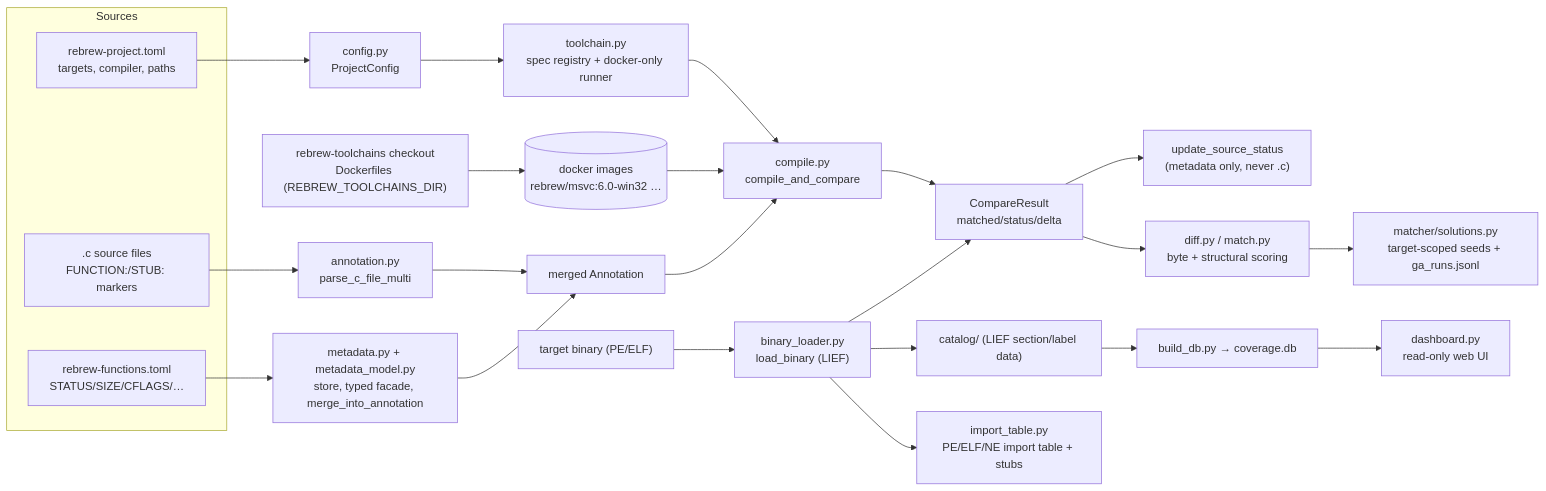
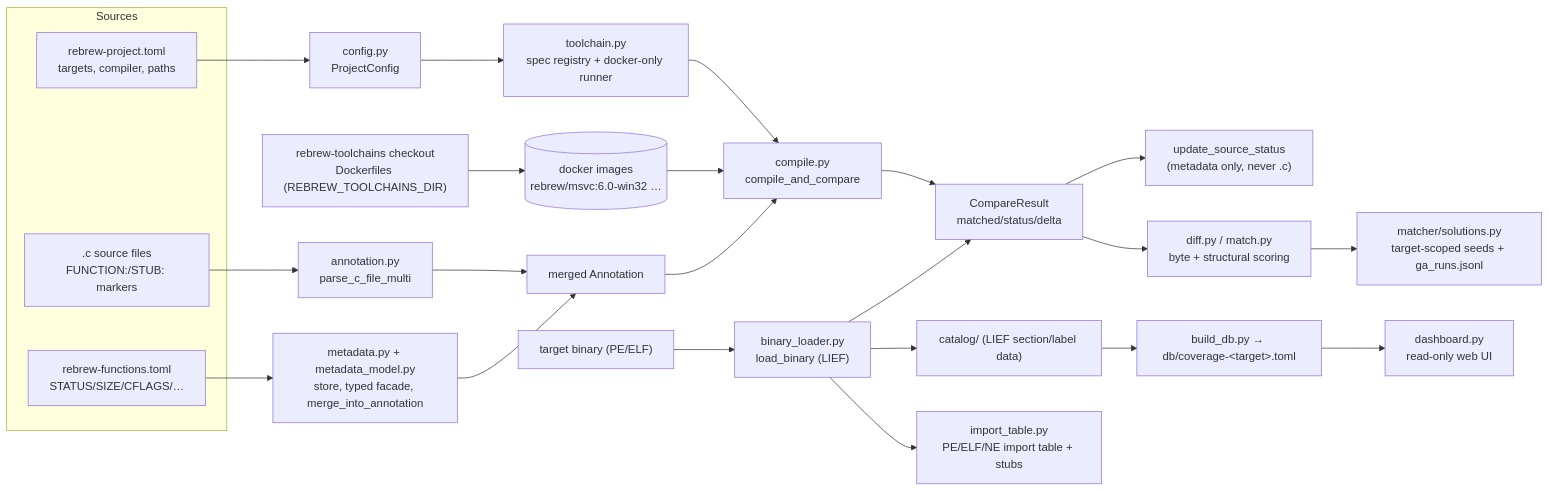
The diagram in docs/ARCHITECTURE.md (maci0/rebrew), drawn with Mermaid before and after one commit. The commit also changed other lines of this file and 132 other files, not shown here.

````diff
--- a/docs/ARCHITECTURE.md
+++ b/docs/ARCHITECTURE.md
@@ -28,35 +29,35 @@
 ```mermaid
 flowchart LR
     subgraph Sources
         C[".c source files<br/>FUNCTION:/STUB: markers"]
         TOML["rebrew-project.toml<br/>targets, compiler, paths"]
         META["rebrew-functions.toml<br/>STATUS/SIZE/CFLAGS/…"]
     end
 
     C --> ANNOT["annotation.py<br/>parse_c_file_multi"]
     META --> FACADE["metadata.py + metadata_model.py<br/>store, typed facade, merge_into_annotation"]
     TOML --> CFG["config.py<br/>ProjectConfig"]
 
     ANNOT --> MERGED["merged Annotation"]
     FACADE --> MERGED
 
     CFG --> TOOLCHAIN["toolchain.py<br/>spec registry + docker-only runner"]
     RT["rebrew-toolchains checkout<br/>Dockerfiles (REBREW_TOOLCHAINS_DIR)"] --> IMG[("docker images<br/>rebrew/msvc:6.0-win32 …")]
     TOOLCHAIN --> COMPILE["compile.py<br/>compile_and_compare"]
     IMG --> COMPILE
 
     BIN["target binary (PE/ELF)"] --> LOAD["binary_loader.py<br/>load_binary (LIEF)"]
     MERGED --> COMPILE
     COMPILE --> CMP["CompareResult<br/>matched/status/delta"]
     LOAD --> CMP
 
     CMP --> STATUS["update_source_status<br/>(metadata only, never .c)"]
     CMP --> DIFF["diff.py / match.py<br/>byte + structural scoring"]
 
     LOAD --> CATALOG["catalog/ (LIEF section/label data)"]
-    CATALOG --> DB["build_db.py → coverage.db"]
+    CATALOG --> DB["build_db.py → db/coverage-&lt;target&gt;.toml"]
     DB --> DASH["dashboard.py<br/>read-only web UI"]
 
     LOAD --> IMPORTS["import_table.py<br/>PE/ELF/NE import table + stubs"]
     DIFF --> SOL["matcher/solutions.py<br/>target-scoped seeds + ga_runs.jsonl"]
 ```
````
